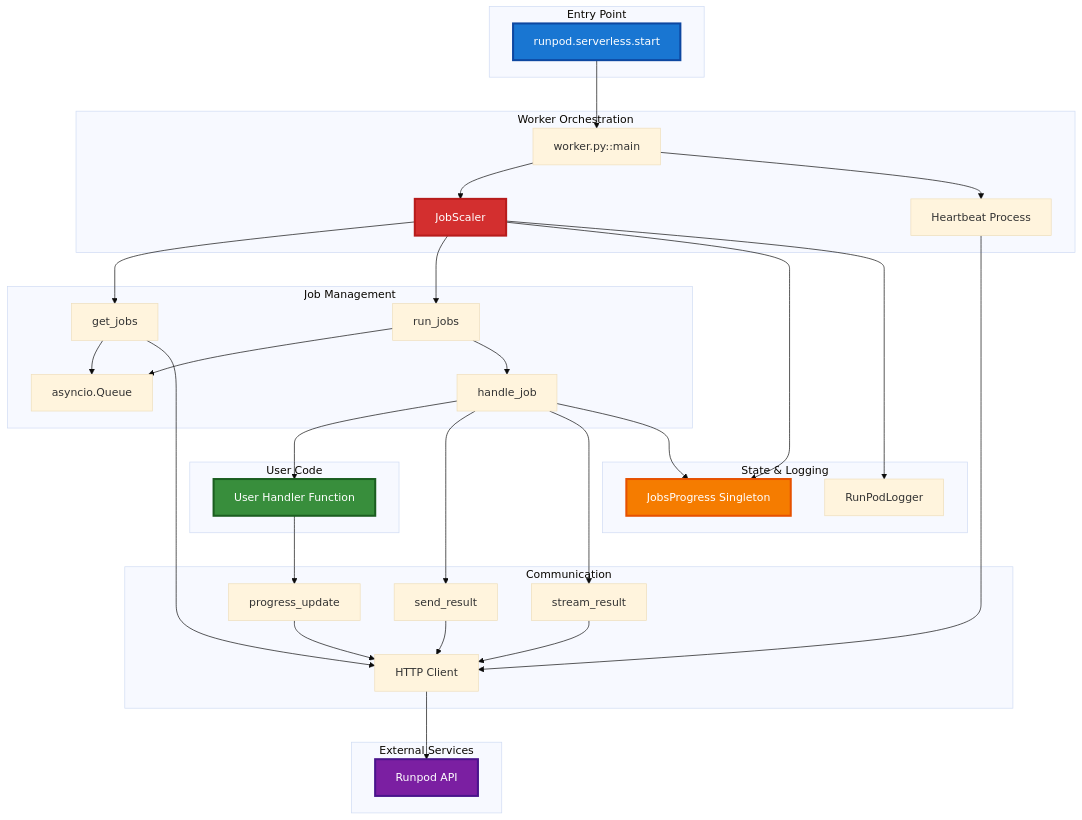
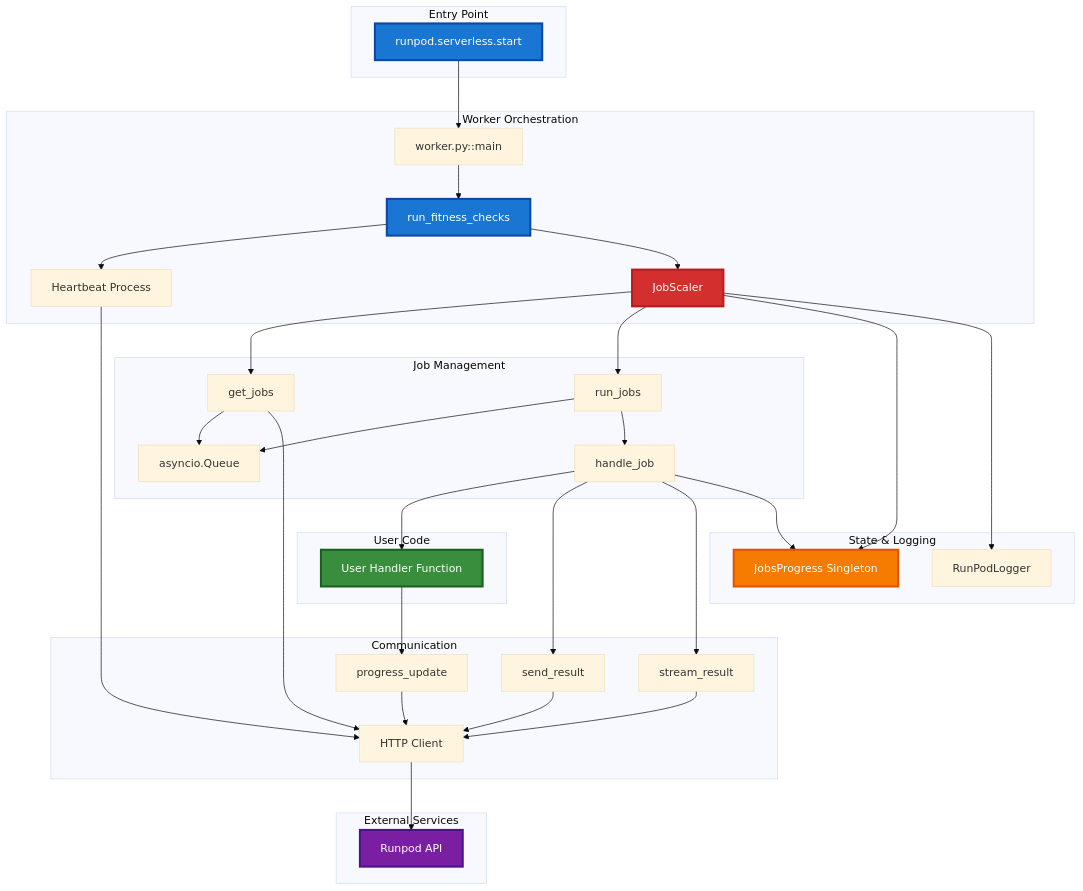
The first of 10 diagrams in docs/serverless/architecture.md (runpod/runpod-python), drawn with Mermaid (base theme) before and after one commit. The commit also changed other lines of this file and 1 other file, not shown here.

First line of the commit message:
docs: document fitness check system

````diff
--- a/docs/serverless/architecture.md
+++ b/docs/serverless/architecture.md
@@ -51,67 +52,70 @@
 ```mermaid
 graph TB
     subgraph "Entry Point"
         START[runpod.serverless.start]
     end
 
     subgraph "Worker Orchestration"
         WORKER[worker.py::main]
+        FITNESS[run_fitness_checks]
         SCALER[JobScaler]
         HEARTBEAT[Heartbeat Process]
     end
 
     subgraph "Job Management"
         JOBFETCH[get_jobs]
         JOBRUN[run_jobs]
         JOBHANDLE[handle_job]
         QUEUE[asyncio.Queue]
     end
 
     subgraph "State & Logging"
         STATE[JobsProgress Singleton]
         LOGGER[RunPodLogger]
     end
 
     subgraph "Communication"
         HTTP[HTTP Client]
         RESULT[send_result]
         STREAM[stream_result]
         PROGRESS[progress_update]
     end
 
     subgraph "User Code"
         HANDLER[User Handler Function]
     end
 
     subgraph "External Services"
         RUNPOD[Runpod API]
     end
 
     START --> WORKER
-    WORKER --> SCALER
-    WORKER --> HEARTBEAT
+    WORKER --> FITNESS
+    FITNESS --> HEARTBEAT
+    FITNESS --> SCALER
     SCALER --> JOBFETCH
     SCALER --> JOBRUN
     JOBFETCH --> QUEUE
     JOBRUN --> QUEUE
     JOBRUN --> JOBHANDLE
     JOBHANDLE --> HANDLER
     JOBHANDLE --> RESULT
     JOBHANDLE --> STREAM
     HANDLER --> PROGRESS
     PROGRESS --> HTTP
     RESULT --> HTTP
     STREAM --> HTTP
     HTTP --> RUNPOD
     JOBFETCH --> HTTP
     HEARTBEAT --> HTTP
     SCALER --> STATE
     JOBHANDLE --> STATE
     SCALER --> LOGGER
 
     style START fill:#1976d2,stroke:#0d47a1,stroke-width:3px,color:#fff
+    style FITNESS fill:#1976d2,stroke:#0d47a1,stroke-width:3px,color:#fff
     style SCALER fill:#d32f2f,stroke:#b71c1c,stroke-width:3px,color:#fff
     style HANDLER fill:#388e3c,stroke:#1b5e20,stroke-width:3px,color:#fff
     style STATE fill:#f57c00,stroke:#e65100,stroke-width:3px,color:#fff
     style RUNPOD fill:#7b1fa2,stroke:#4a148c,stroke-width:3px,color:#fff
 ```
````
